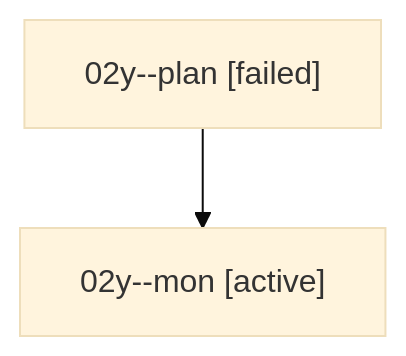
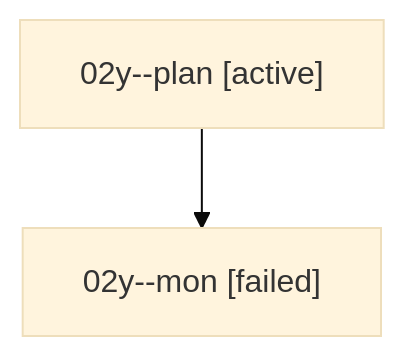
One commit to sase-org/sase--agents changed the diagram in families/bbugyi200.athena.02y.md. Above: the diagram before and after it, drawn with Mermaid (base theme). The commit also changed other lines of this file and 35830 other files, not shown here.

````diff
--- a/families/bbugyi200.athena.02y.md
+++ b/families/bbugyi200.athena.02y.md
@@ -9,6 +9,6 @@
 ```mermaid
 flowchart TD
-  n0["02y--plan [failed]"]
-  n1["02y--mon [active]"]
+  n0["02y--plan [active]"]
+  n1["02y--mon [failed]"]
   n0 --> n1
 ```
````
